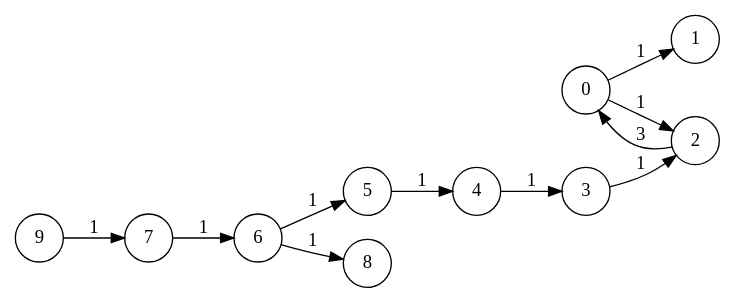
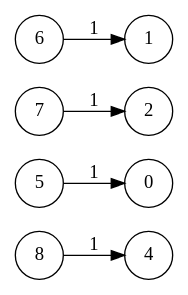
One commit to jodorganistaca/ProjectOcaml changed the diagram in graphs/updated_graph.dot. Above: the diagram before and after it, drawn with Graphviz. The commit also changed 11 other files, not shown here.

```diff
--- a/graphs/updated_graph.dot
+++ b/graphs/updated_graph.dot
@@ -1,15 +1,9 @@
 digraph dot_graph {
   rankdir=LR;
-  size="8,5"
+  size="18,15"
   node [shape=circle];
-  0 -> 1 [label = "1"]; 
-  0 -> 2 [label = "1"]; 
-  2 -> 0 [label = "3"]; 
-  3 -> 2 [label = "1"]; 
-  4 -> 3 [label = "1"]; 
-  5 -> 4 [label = "1"]; 
-  6 -> 8 [label = "1"]; 
-  6 -> 5 [label = "1"]; 
-  7 -> 6 [label = "1"]; 
-  9 -> 7 [label = "1"]; 
+  8 -> 4 [label = "1"]; 
+  5 -> 0 [label = "1"]; 
+  7 -> 2 [label = "1"]; 
+  6 -> 1 [label = "1"]; 
 }
```
